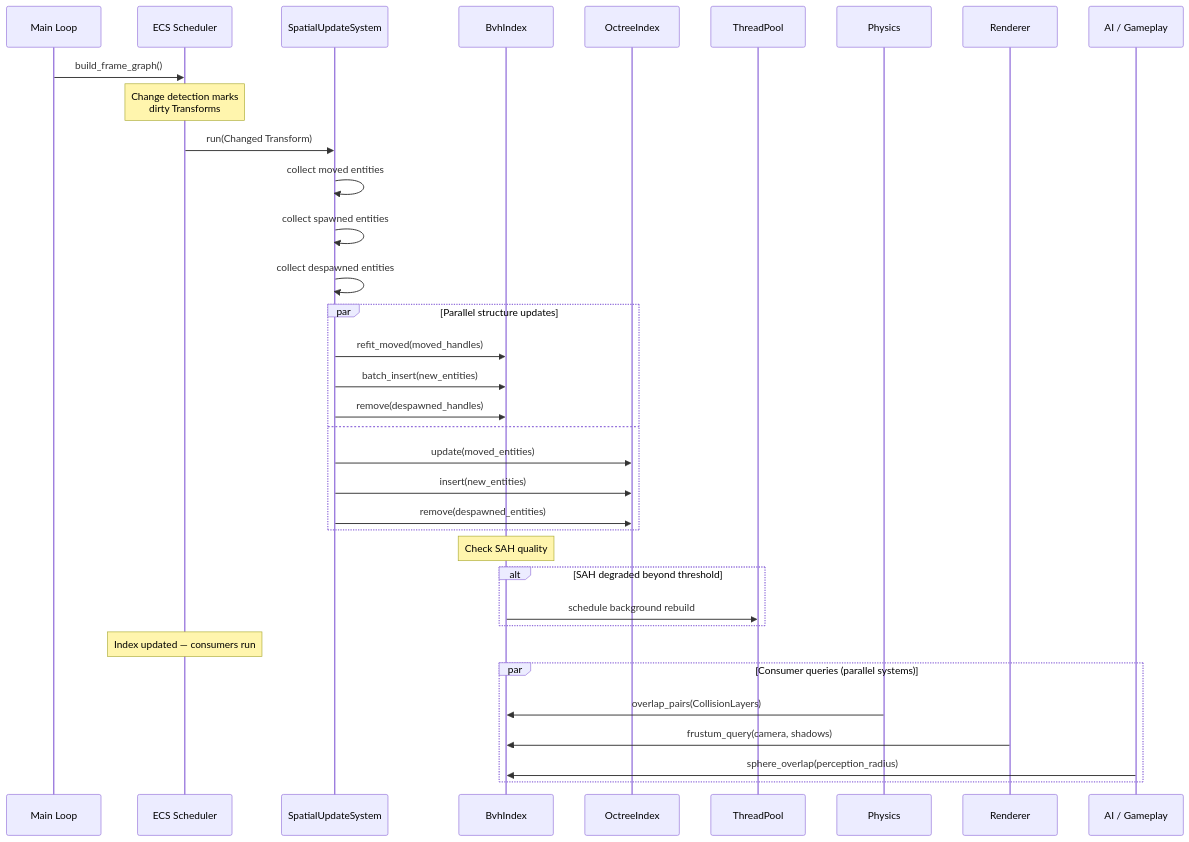
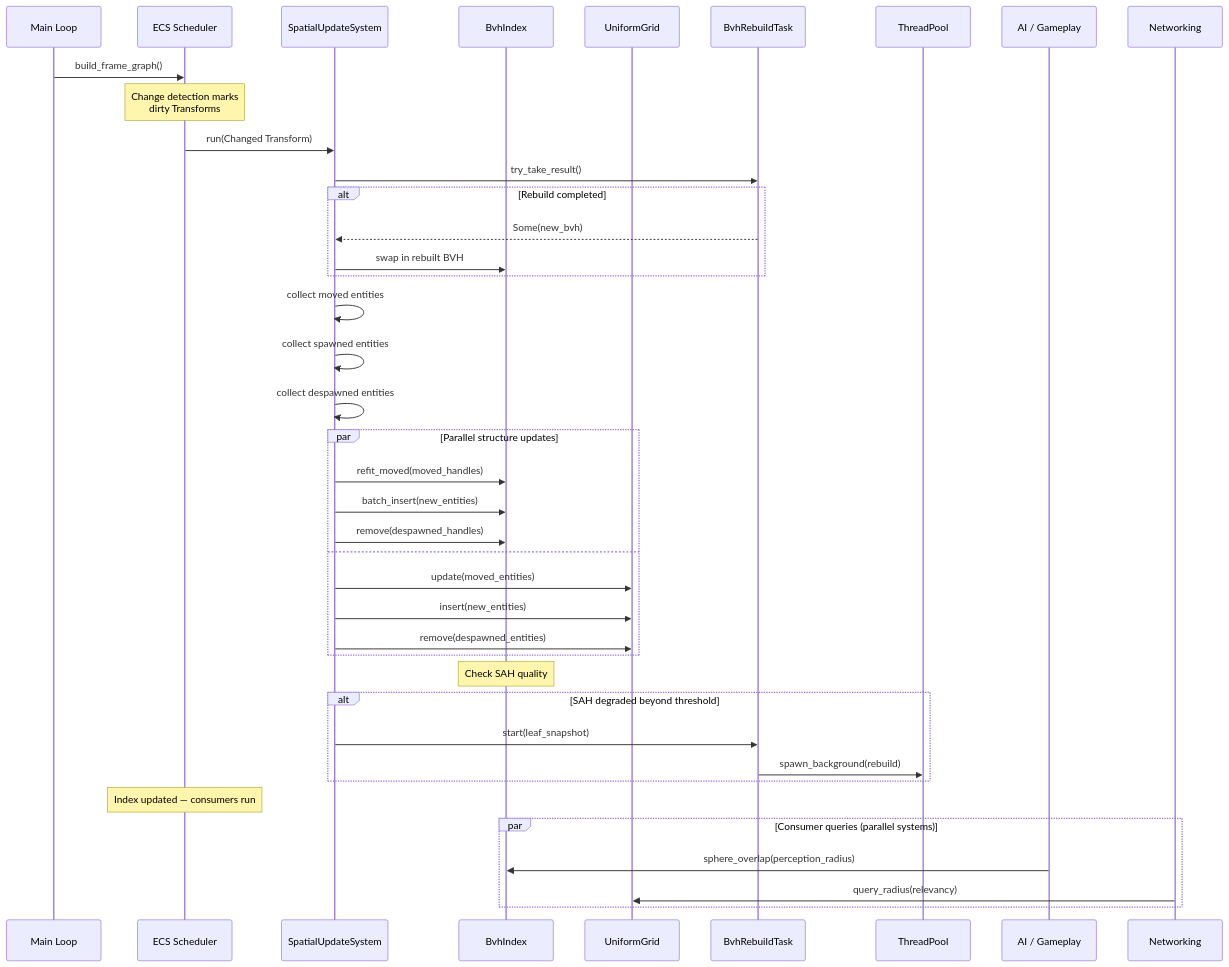
Before and after one commit to harmonius-dev/harmonius: the fourth of 7 diagrams in docs/design/core-runtime/spatial-index.md, drawn with Mermaid. The commit also changed other lines of this file and 174 other files, not shown here.

````diff
--- a/docs/design/core-runtime/spatial-index.md
+++ b/docs/design/core-runtime/spatial-index.md
@@ -1374,43 +1523,50 @@
 ```mermaid
 sequenceDiagram
     participant ML as Main Loop
     participant ECS as ECS Scheduler
     participant SUS as SpatialUpdateSystem
     participant BVH as BvhIndex
-    participant OCT as OctreeIndex
+    participant GRID as UniformGrid
+    participant RBT as BvhRebuildTask
     participant TP as ThreadPool
-    participant PHY as Physics
-    participant REN as Renderer
     participant AI as AI / Gameplay
+    participant NET as Networking
 
     ML->>ECS: build_frame_graph()
     Note over ECS: Change detection marks<br/>dirty Transforms
 
     ECS->>SUS: run(Changed Transform)
+
+    SUS->>RBT: try_take_result()
+    alt Rebuild completed
+        RBT-->>SUS: Some(new_bvh)
+        SUS->>BVH: swap in rebuilt BVH
+    end
+
     SUS->>SUS: collect moved entities
     SUS->>SUS: collect spawned entities
     SUS->>SUS: collect despawned entities
 
     par Parallel structure updates
         SUS->>BVH: refit_moved(moved_handles)
         SUS->>BVH: batch_insert(new_entities)
         SUS->>BVH: remove(despawned_handles)
     and
-        SUS->>OCT: update(moved_entities)
-        SUS->>OCT: insert(new_entities)
-        SUS->>OCT: remove(despawned_entities)
+        SUS->>GRID: update(moved_entities)
+        SUS->>GRID: insert(new_entities)
+        SUS->>GRID: remove(despawned_entities)
     end
 
     Note over BVH: Check SAH quality
     alt SAH degraded beyond threshold
-        BVH->>TP: schedule background rebuild
+        SUS->>RBT: start(leaf_snapshot)
+        RBT->>TP: spawn_background(rebuild)
     end
 
     Note over ECS: Index updated — consumers run
 
     par Consumer queries (parallel systems)
-        PHY->>BVH: overlap_pairs(CollisionLayers)
-        REN->>BVH: frustum_query(camera, shadows)
         AI->>BVH: sphere_overlap(perception_radius)
+        NET->>GRID: query_radius(relevancy)
     end
 ```
````
